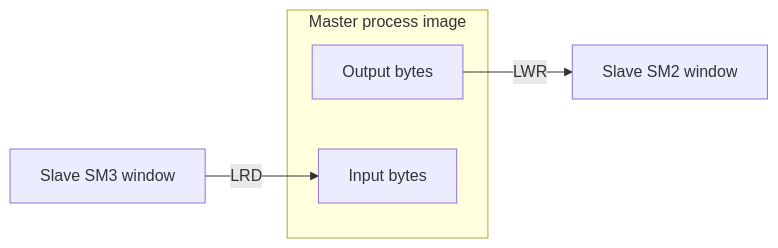
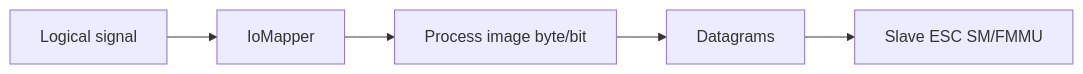
The third of 4 diagrams in docs/ethercat-for-dummies.md (robotcontrol-xyz/openethercat), drawn with Mermaid before and after one commit. The commit also changed other lines of this file, not shown here.

Commit message:
Expand EtherCAT for Dummies into technical deep-dive

````diff
--- a/docs/ethercat-for-dummies.md
+++ b/docs/ethercat-for-dummies.md
@@ -180,9 +180,7 @@
 ```mermaid
 flowchart LR
-    subgraph MasterPI[Master process image]
-      O[Output bytes]
-      I[Input bytes]
-    end
-    O -->|LWR| SM2[Slave SM2 window]
-    SM3[Slave SM3 window] -->|LRD| I
+    AppSig[Logical signal] --> Mapper[IoMapper]
+    Mapper --> PI[Process image byte/bit]
+    PI --> EtherCAT[Datagrams]
+    EtherCAT --> ESC[Slave ESC SM/FMMU]
 ```
````
